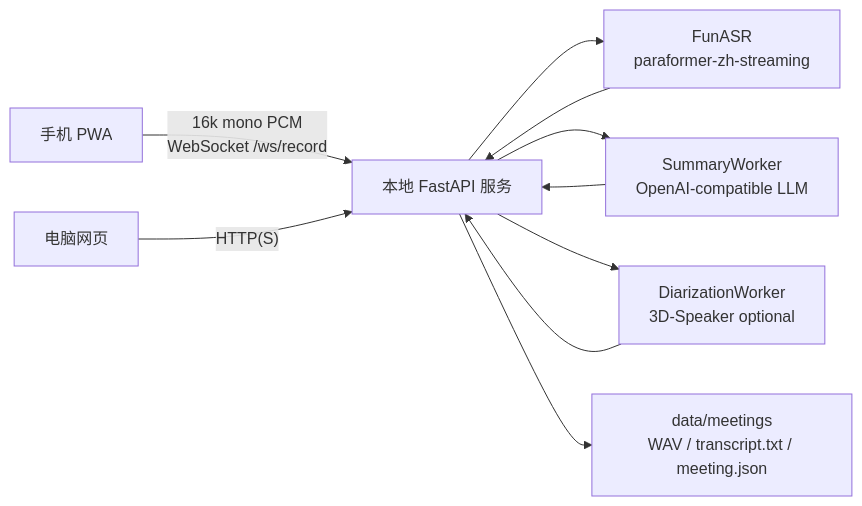
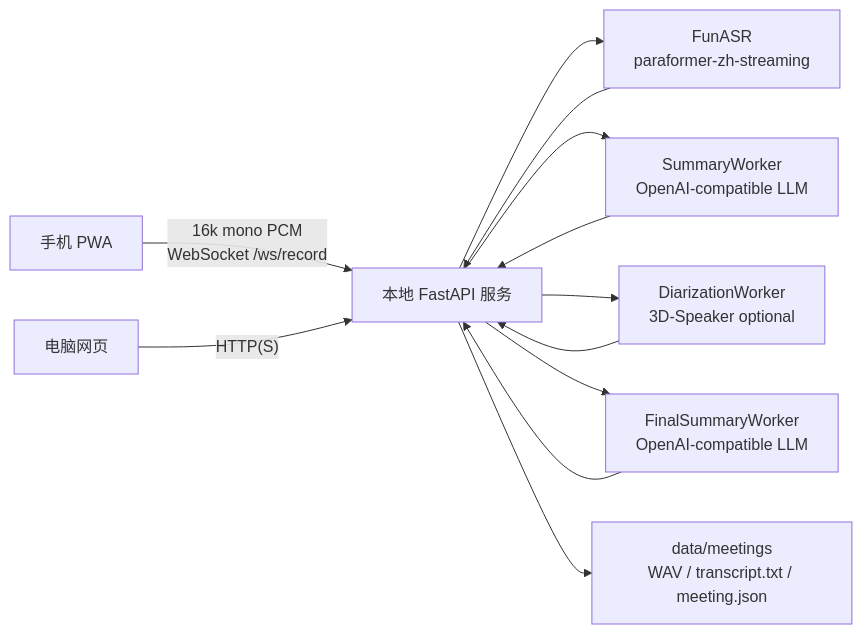
Before and after one commit to bhtbwh/miaoji: the diagram in docs/ARCHITECTURE.md, drawn with Mermaid. The commit also changed other lines of this file and 10 other files, not shown here.

````diff
--- a/docs/ARCHITECTURE.md
+++ b/docs/ARCHITECTURE.md
@@ -23,12 +25,14 @@
 ```mermaid
 flowchart LR
   Phone["手机 PWA"] -->|"16k mono PCM\nWebSocket /ws/record"| Server["本地 FastAPI 服务"]
   PC["电脑网页"] -->|"HTTP(S)"| Server
   Server --> ASR["FunASR\nparaformer-zh-streaming"]
   ASR --> Server
   Server --> Summary["SummaryWorker\nOpenAI-compatible LLM"]
   Summary --> Server
   Server --> Diarization["DiarizationWorker\n3D-Speaker optional"]
   Diarization --> Server
+  Server --> FinalSummary["FinalSummaryWorker\nOpenAI-compatible LLM"]
+  FinalSummary --> Server
   Server --> Data["data/meetings\nWAV / transcript.txt / meeting.json"]
 ```
````
